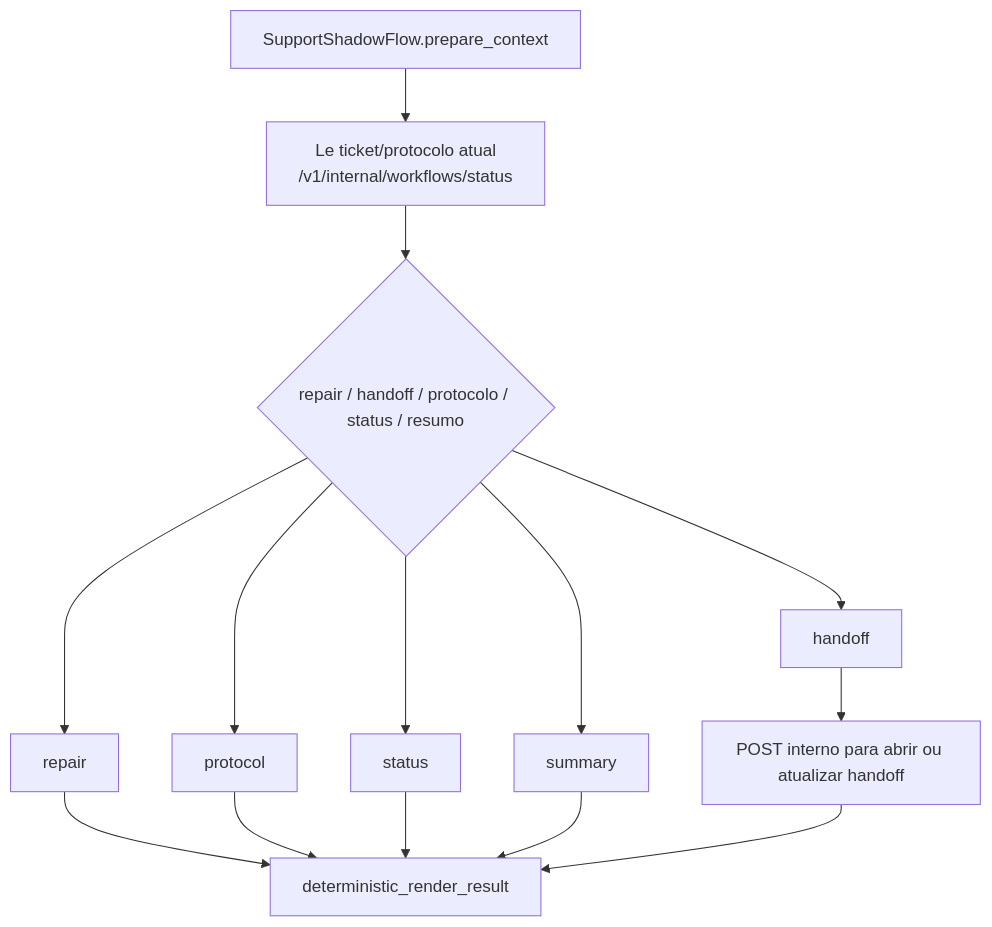
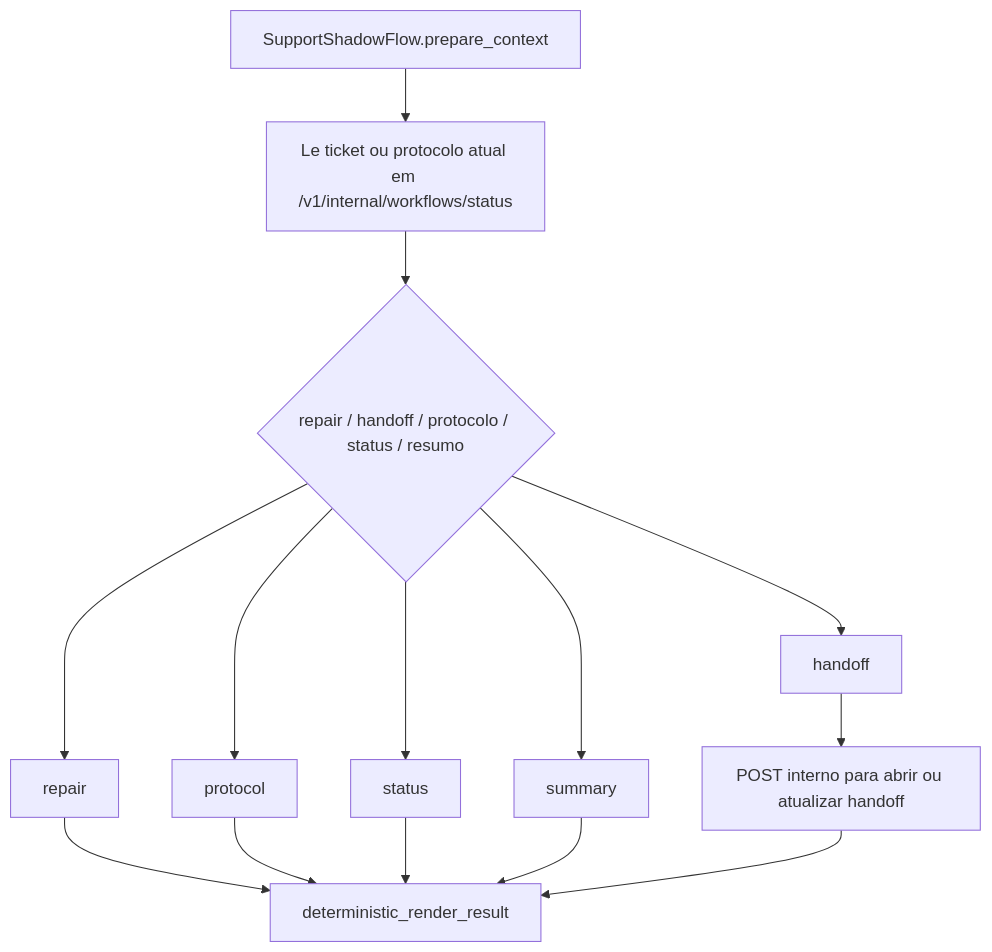
Before and after one commit to EliseuODaniel/eduassist-platform: diagram 11 of 15 in docs/architecture/dual-stack-runtime-visual-guide.md, drawn with Mermaid. The commit also changed other lines of this file, not shown here.

Commit message:
Simplify Mermaid syntax in dual stack visual guide

````diff
--- a/docs/architecture/dual-stack-runtime-visual-guide.md
+++ b/docs/architecture/dual-stack-runtime-visual-guide.md
@@ -282,16 +282,16 @@
 ```mermaid
-flowchart TD
-    A["SupportShadowFlow.prepare_context"] --> B["Le ticket/protocolo atual<br/>/v1/internal/workflows/status"]
+graph TD
+    A["SupportShadowFlow.prepare_context"] --> B["Le ticket ou protocolo atual em /v1/internal/workflows/status"]
     B --> C{"repair / handoff / protocolo / status / resumo"}
     C --> D["repair"]
     C --> E["handoff"]
     C --> F["protocol"]
     C --> G["status"]
     C --> H["summary"]
     E --> I["POST interno para abrir ou atualizar handoff"]
     D --> J["deterministic_render_result"]
     F --> J
     G --> J
     H --> J
     I --> J
 ```
````
